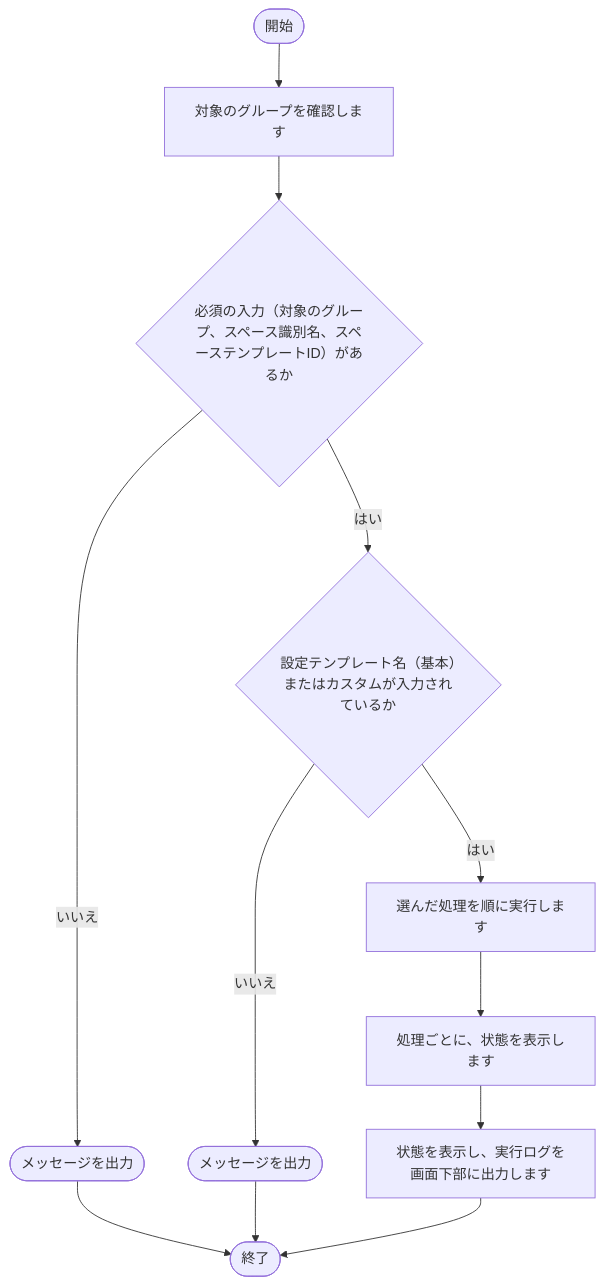
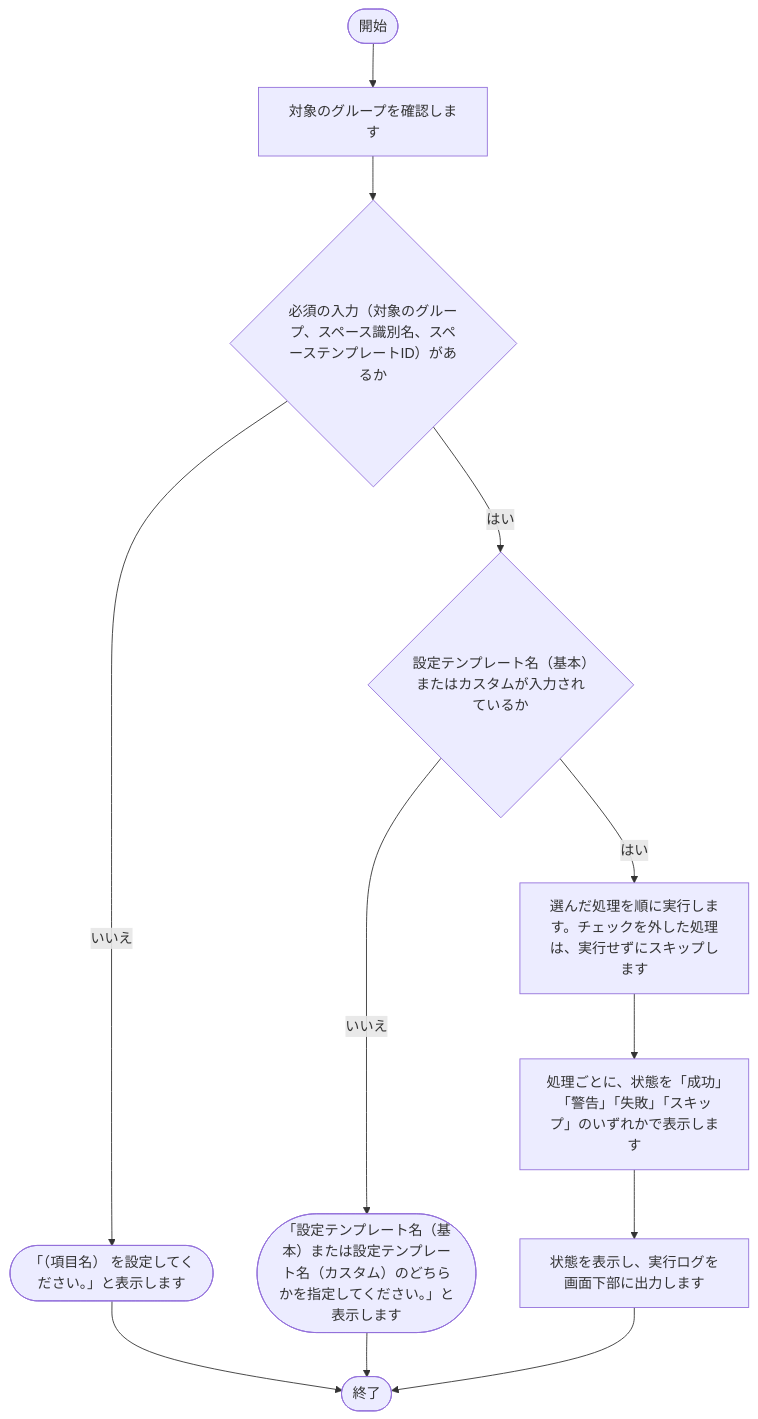
Before and after one commit to nishida2073/project_management: the second of 16 diagrams in tool/kintone-resourse-generator/doc/02_設計/処理フロー.md, drawn with Mermaid. The commit also changed other lines of this file and 81 other files, not shown here.

````diff
--- a/tool/kintone-resourse-generator/doc/02_設計/処理フロー.md
+++ b/tool/kintone-resourse-generator/doc/02_設計/処理フロー.md
@@ -76,24 +77,24 @@
 ```mermaid
 flowchart TD
     S(["開始"])
     E(["終了"])
     N1["対象のグループを確認します"]
     S --> N1
     N2{"必須の入力（対象のグループ、スペース識別名、スペーステンプレートID）があるか"}
-    X2(["メッセージを出力"])
+    X2(["「（項目名） を設定してください。」と表示します"])
     X2 --> E
     N2 -- いいえ --> X2
     N1 --> N2
     N3{"設定テンプレート名（基本）またはカスタムが入力されているか"}
-    X3(["メッセージを出力"])
+    X3(["「設定テンプレート名（基本）または設定テンプレート名（カスタム）のどちらかを指定してください。」と表示します"])
     X3 --> E
     N3 -- いいえ --> X3
     N2 -- はい --> N3
-    N4["選んだ処理を順に実行します"]
+    N4["選んだ処理を順に実行します。チェックを外した処理は、実行せずにスキップします"]
     N3 -- はい --> N4
-    N5["処理ごとに、状態を表示します"]
+    N5["処理ごとに、状態を「成功」「警告」「失敗」「スキップ」のいずれかで表示します"]
     N4 --> N5
     N6["状態を表示し、実行ログを画面下部に出力します"]
     N5 --> N6
     N6 --> E
 ```
````
